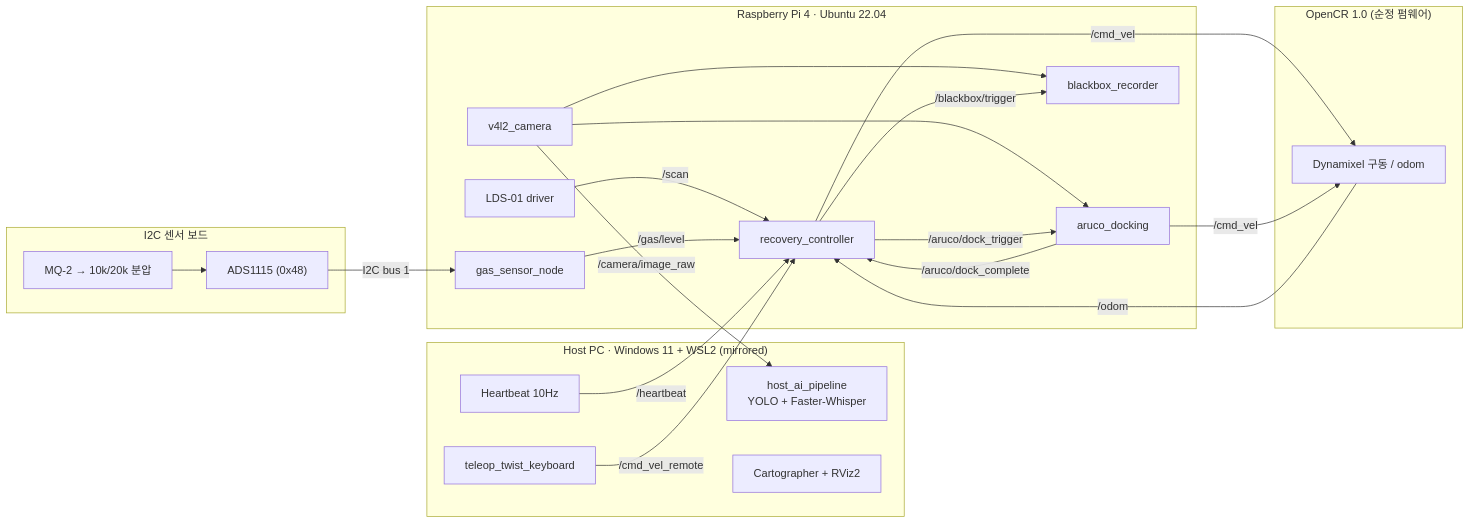
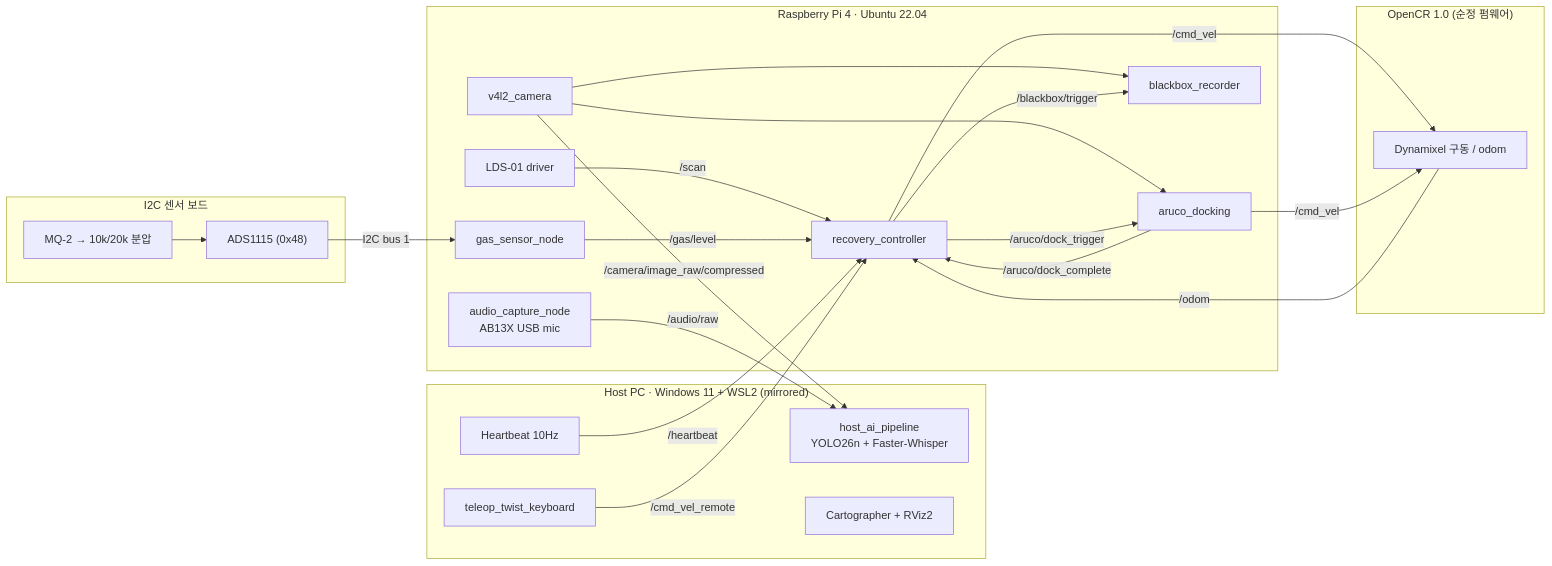
Before and after one commit to rjw136-lab/disaster_recovery_ws: the first of 2 diagrams in README.md, drawn with Mermaid. The commit also changed other lines of this file and 15 other files, not shown here.

````diff
--- a/README.md
+++ b/README.md
@@ -55,43 +58,45 @@
 ```mermaid
 flowchart LR
     subgraph HOST["Host PC · Windows 11 + WSL2 (mirrored)"]
         HB["Heartbeat 10Hz"]
         TELEOP["teleop_twist_keyboard"]
-        AI["host_ai_pipeline<br/>YOLO + Faster-Whisper"]
+        AI["host_ai_pipeline<br/>YOLO26n + Faster-Whisper"]
         SLAM["Cartographer + RViz2"]
     end
 
     subgraph RPI["Raspberry Pi 4 · Ubuntu 22.04"]
         RC["recovery_controller"]
         AD["aruco_docking"]
         BB["blackbox_recorder"]
         GB["gas_sensor_node"]
         CAM["v4l2_camera"]
+        MIC["audio_capture_node<br/>AB13X USB mic"]
         LDS["LDS-01 driver"]
     end
 
     subgraph SENS["I2C 센서 보드"]
         MQ2["MQ-2 → 10k/20k 분압"]
         ADS["ADS1115 (0x48)"]
     end
 
     subgraph OCR["OpenCR 1.0 (순정 펌웨어)"]
         MOT["Dynamixel 구동 / odom"]
     end
 
     HB -- "/heartbeat" --> RC
     TELEOP -- "/cmd_vel_remote" --> RC
-    CAM -- "/camera/image_raw" --> AI
+    CAM -- "/camera/image_raw/compressed" --> AI
+    MIC -- "/audio/raw" --> AI
     CAM --> AD
     CAM --> BB
     LDS -- "/scan" --> RC
     MOT -- "/odom" --> RC
     MQ2 --> ADS
     ADS -- "I2C bus 1" --> GB
     GB -- "/gas/level" --> RC
     RC -- "/cmd_vel" --> MOT
     AD -- "/cmd_vel" --> MOT
     RC -- "/aruco/dock_trigger" --> AD
     AD -- "/aruco/dock_complete" --> RC
     RC -- "/blackbox/trigger" --> BB
 ```
````
